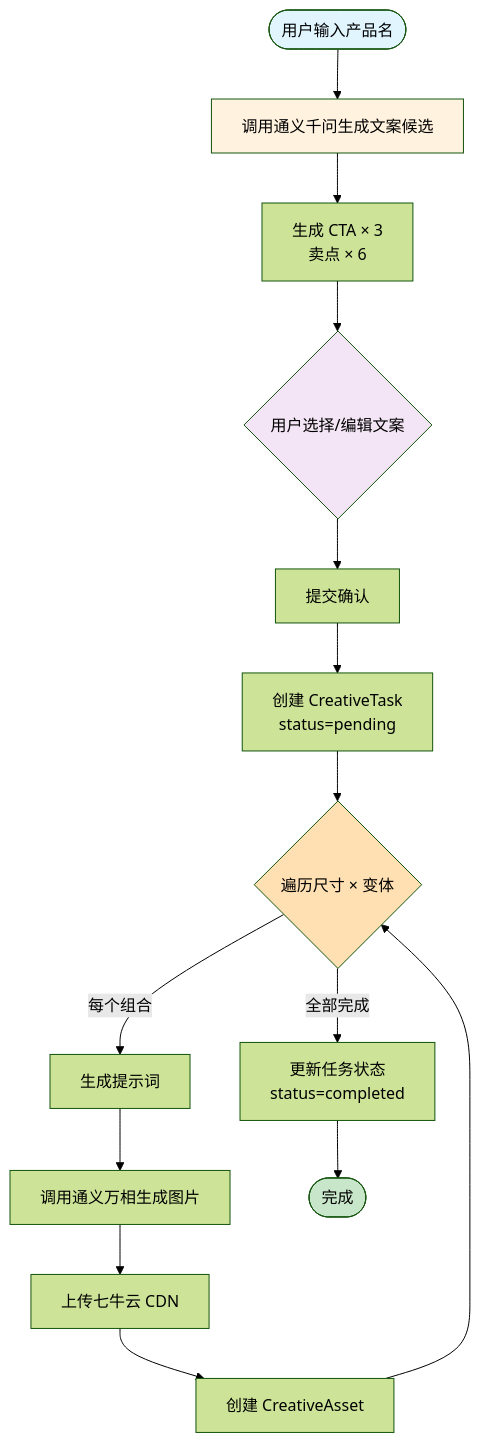
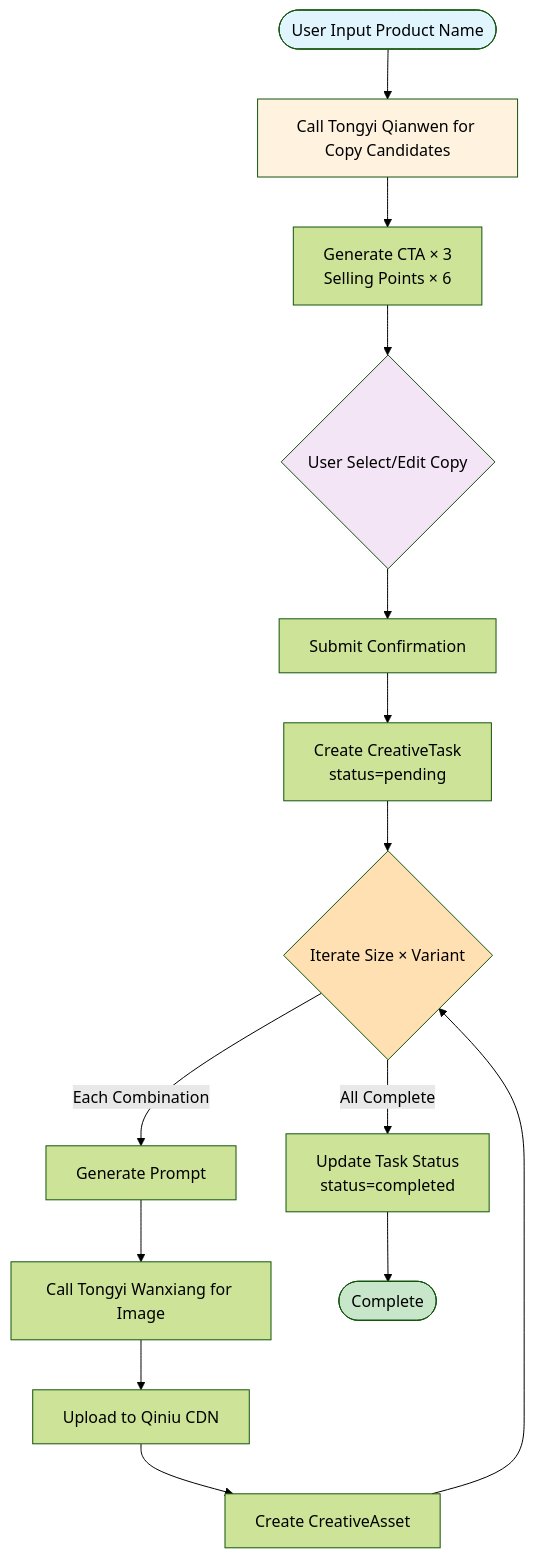
Before and after one commit to NEDONION/ads-creative-gen-platform: the third of 7 diagrams in README.md, drawn with Mermaid (forest theme). The commit also changed other lines of this file and 1 other file, not shown here.

````diff
--- a/README.md
+++ b/README.md
@@ -260,24 +262,24 @@
 ```mermaid
 flowchart TD
-    Start([用户输入产品名]) --> GenCopy[调用通义千问生成文案候选]
-    GenCopy --> Candidates[生成 CTA × 3<br/>卖点 × 6]
-    Candidates --> UserSelect{用户选择/编辑文案}
-    UserSelect --> Confirm[提交确认]
-    Confirm --> CreateTask[创建 CreativeTask<br/>status=pending]
-    CreateTask --> Loop{遍历尺寸 × 变体}
+    Start([User Input Product Name]) --> GenCopy[Call Tongyi Qianwen for Copy Candidates]
+    GenCopy --> Candidates[Generate CTA × 3<br/>Selling Points × 6]
+    Candidates --> UserSelect{User Select/Edit Copy}
+    UserSelect --> Confirm[Submit Confirmation]
+    Confirm --> CreateTask[Create CreativeTask<br/>status=pending]
+    CreateTask --> Loop{Iterate Size × Variant}
 
-    Loop -->|每个组合| GenPrompt[生成提示词]
-    GenPrompt --> CallTongyi[调用通义万相生成图片]
-    CallTongyi --> Upload[上传七牛云 CDN]
-    Upload --> CreateAsset[创建 CreativeAsset]
+    Loop -->|Each Combination| GenPrompt[Generate Prompt]
+    GenPrompt --> CallTongyi[Call Tongyi Wanxiang for Image]
+    CallTongyi --> Upload[Upload to Qiniu CDN]
+    Upload --> CreateAsset[Create CreativeAsset]
     CreateAsset --> Loop
 
-    Loop -->|全部完成| UpdateStatus[更新任务状态<br/>status=completed]
-    UpdateStatus --> End([完成])
+    Loop -->|All Complete| UpdateStatus[Update Task Status<br/>status=completed]
+    UpdateStatus --> End([Complete])
 
     style Start fill:#e1f5ff
     style GenCopy fill:#fff3e0
     style UserSelect fill:#f3e5f5
     style Loop fill:#ffe0b2
     style End fill:#c8e6c9
 ```
````
